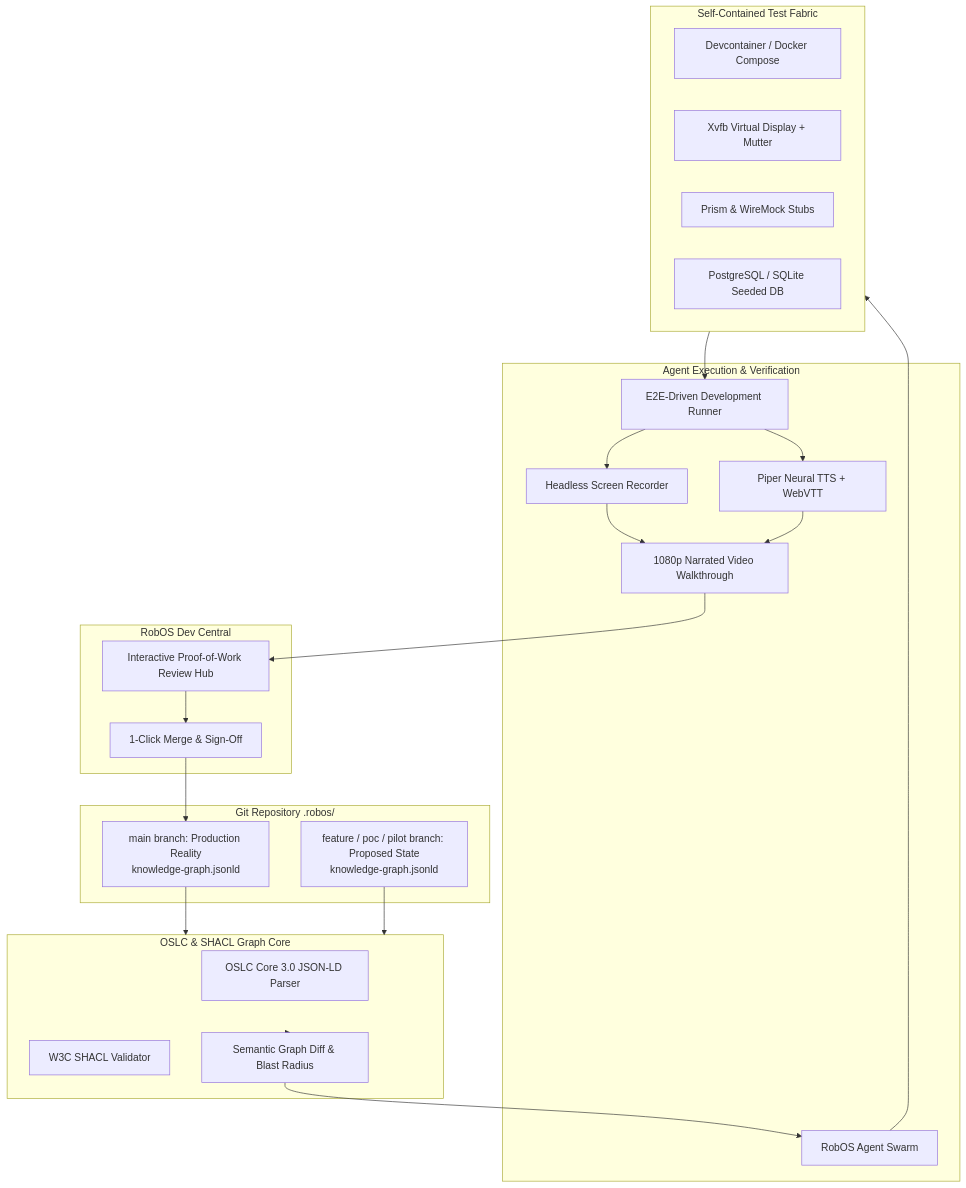
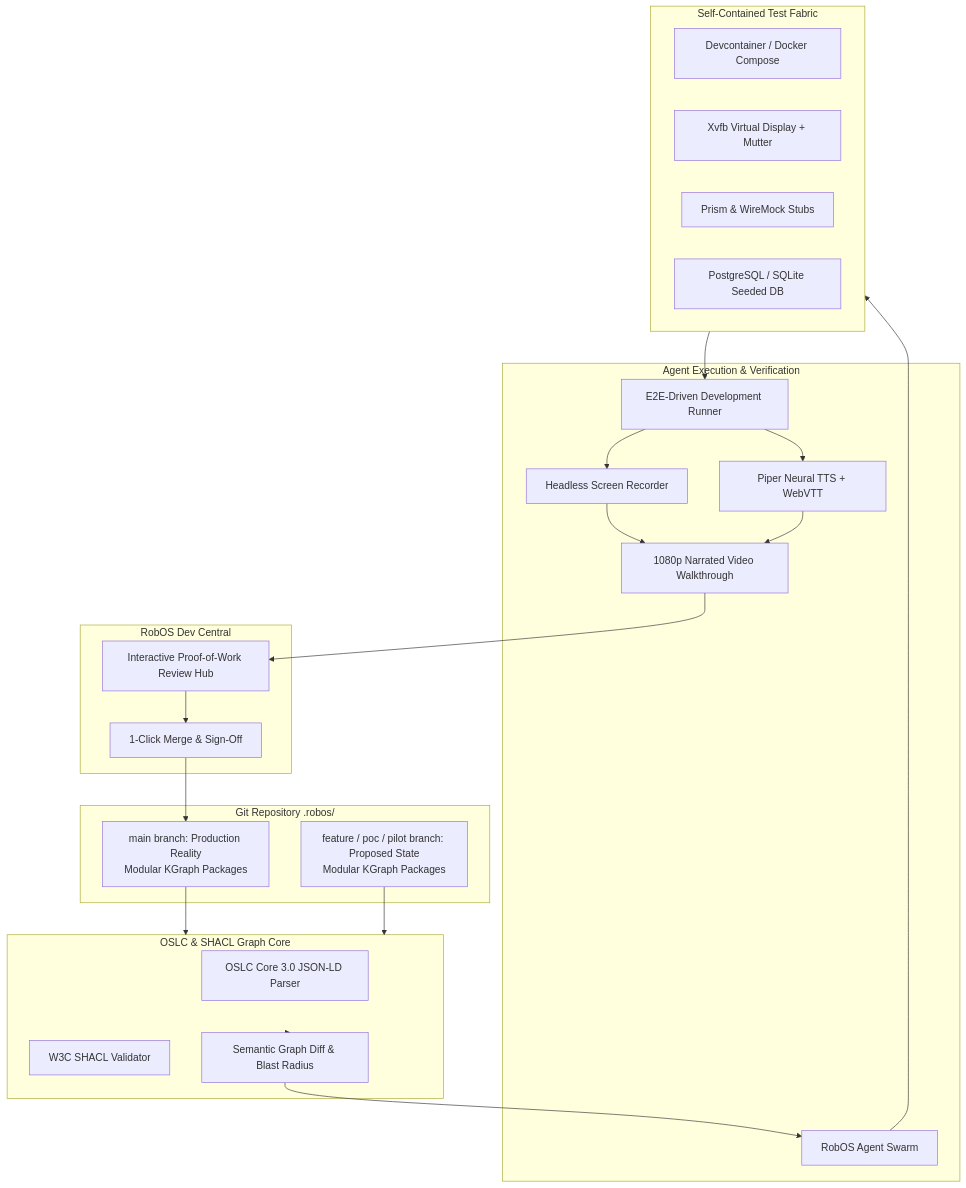
One commit to nddipiazza/robos changed the diagram in docs/ideas/specs/dual-state-sdlc-knowledge-graph.md. Above: the diagram before and after it, drawn with Mermaid. The commit also changed other lines of this file and 34 other files, not shown here.

Commit message:
docs: abstract raw knowledge-graph.jsonld references to Modular KGraph Packages

````diff
--- a/docs/ideas/specs/dual-state-sdlc-knowledge-graph.md
+++ b/docs/ideas/specs/dual-state-sdlc-knowledge-graph.md
@@ -61,44 +61,44 @@
 ```mermaid
 graph TD
     subgraph GitRepo [Git Repository .robos/]
-        ProdGraph[main branch: Production Reality<br/>knowledge-graph.jsonld]
-        FutureGraph[feature / poc / pilot branch: Proposed State<br/>knowledge-graph.jsonld]
+        ProdGraph[main branch: Production Reality<br/>Modular KGraph Packages]
+        FutureGraph[feature / poc / pilot branch: Proposed State<br/>Modular KGraph Packages]
     end
 
     subgraph GraphEngine [OSLC & SHACL Graph Core]
         Parser[OSLC Core 3.0 JSON-LD Parser]
         SHACL[W3C SHACL Validator]
         DiffEngine[Semantic Graph Diff & Blast Radius]
     end
 
     subgraph DevEnvironment [Self-Contained Test Fabric]
         DevContainer[Devcontainer / Docker Compose]
         Xvfb[Xvfb Virtual Display + Mutter]
         MockSvc[Prism & WireMock Stubs]
         SeededDB[PostgreSQL / SQLite Seeded DB]
     end
 
     subgraph AgentReviewLoop [Agent Execution & Verification]
         Agent[RobOS Agent Swarm]
         EDD[E2E-Driven Development Runner]
         Recorder[Headless Screen Recorder]
         TTS[Piper Neural TTS + WebVTT]
         VideoArtifact[1080p Narrated Video Walkthrough]
     end
 
     subgraph UIHub [RobOS Dev Central]
         ReviewHub[Interactive Proof-of-Work Review Hub]
         MergeGate[1-Click Merge & Sign-Off]
     end
 
     ProdGraph & FutureGraph --> GraphEngine
     GraphEngine --> DiffEngine
     DiffEngine --> Agent
     Agent --> DevEnvironment
     DevEnvironment --> EDD
     EDD --> Recorder & TTS
     Recorder & TTS --> VideoArtifact
     VideoArtifact --> ReviewHub
     ReviewHub --> MergeGate
     MergeGate --> ProdGraph
 ```
````
